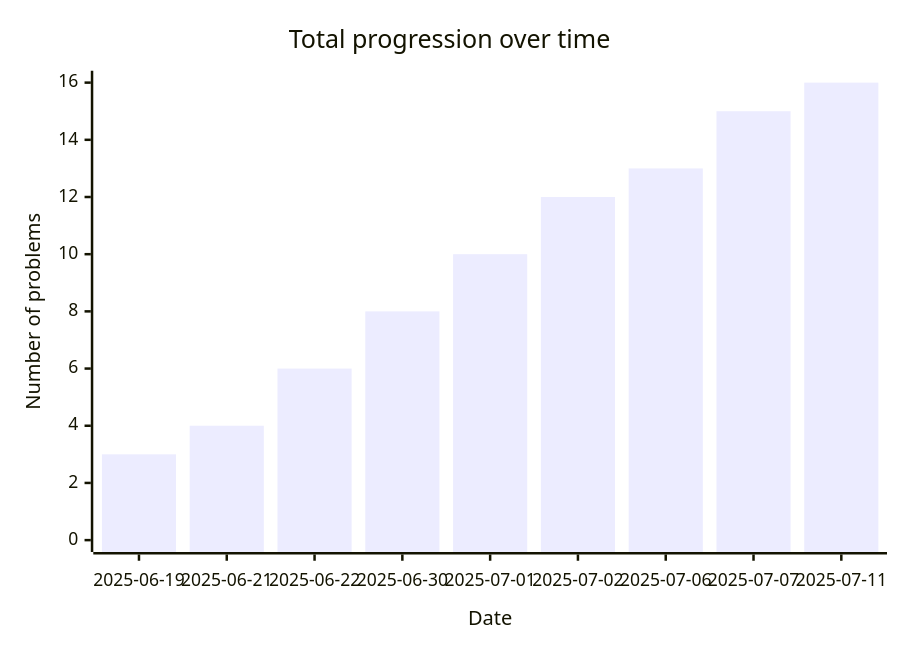
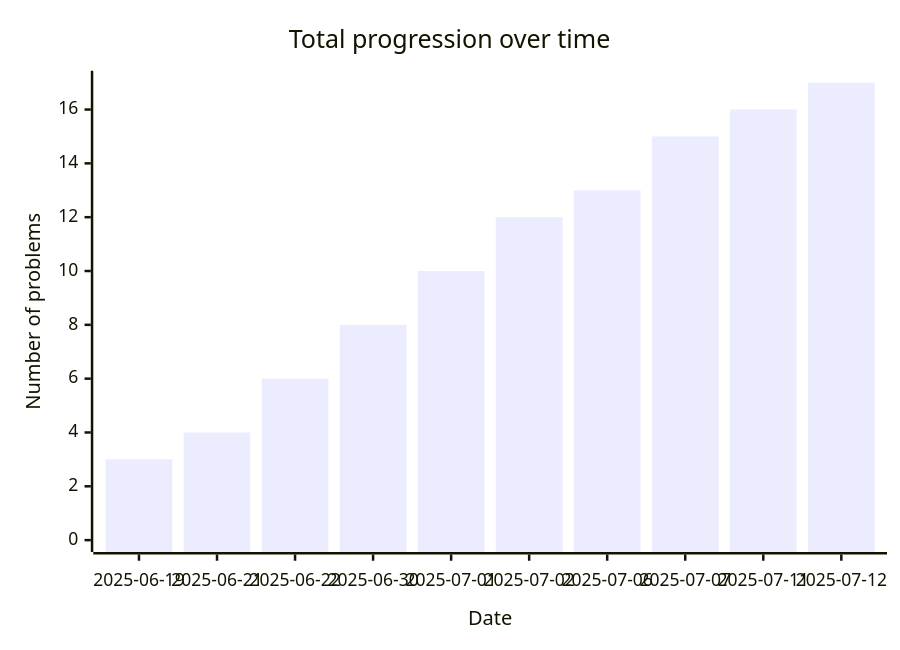
One commit to Hugo-Hbrt/leetcode-diary changed the diagram in README.md. Above: the diagram before and after it, drawn with Mermaid. The commit also changed other lines of this file and 3 other files, not shown here.

````diff
--- a/README.md
+++ b/README.md
@@ -14,10 +14,10 @@
 ```mermaid
 ---
 config:
 ---
 xychart-beta
     title "Total progression over time"
-    x-axis Date[2025-06-19, 2025-06-21, 2025-06-22, 2025-06-30, 2025-07-01, 2025-07-02, 2025-07-06, 2025-07-07, 2025-07-11]
-    y-axis "Number of problems" 0 --> 16
-    bar[3, 4, 6, 8, 10, 12, 13, 15, 16]
+    x-axis Date[2025-06-19, 2025-06-21, 2025-06-22, 2025-06-30, 2025-07-01, 2025-07-02, 2025-07-06, 2025-07-07, 2025-07-11, 2025-07-12]
+    y-axis "Number of problems" 0 --> 17
+    bar[3, 4, 6, 8, 10, 12, 13, 15, 16, 17]
 ```
````
